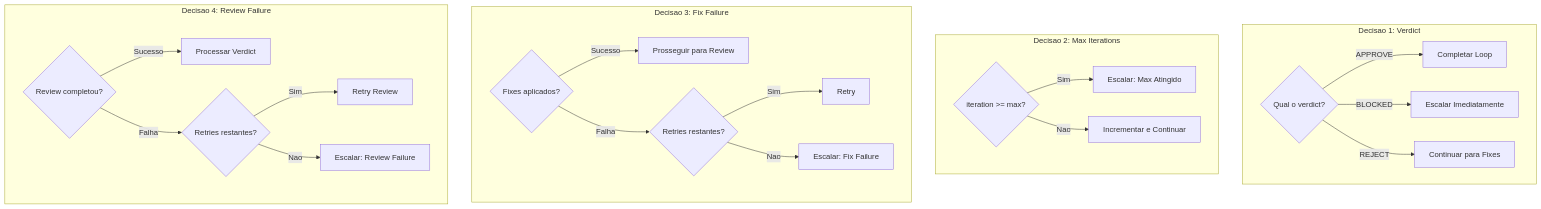
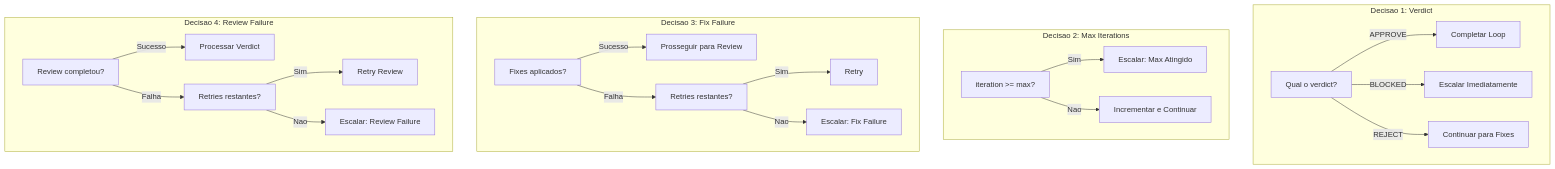
The ninth of 10 diagrams in content/en/docs/guides/workflows/QA-LOOP-WORKFLOW.mdx (bychrisr/aios-docs), drawn with Mermaid before and after one commit. The commit also changed other lines of this file and 40 other files, not shown here.

````diff
--- a/content/en/docs/guides/workflows/QA-LOOP-WORKFLOW.mdx
+++ b/content/en/docs/guides/workflows/QA-LOOP-WORKFLOW.mdx
@@ -738,31 +738,31 @@
 ```mermaid
 flowchart TD
     subgraph D1["Decisao 1: Verdict"]
-        V1{"Qual o verdict?"}
+        V1["Qual o verdict?"]
         V1 -->|"APPROVE"| V1A["Completar Loop"]
         V1 -->|"BLOCKED"| V1B["Escalar Imediatamente"]
         V1 -->|"REJECT"| V1C["Continuar para Fixes"]
     end
 
     subgraph D2["Decisao 2: Max Iterations"]
-        I1{"iteration >= max?"}
+        I1["iteration >= max?"]
         I1 -->|"Sim"| I1A["Escalar: Max Atingido"]
         I1 -->|"Nao"| I1B["Incrementar e Continuar"]
     end
 
     subgraph D3["Decisao 3: Fix Failure"]
-        F1{"Fixes aplicados?"}
+        F1["Fixes aplicados?"]
         F1 -->|"Sucesso"| F1A["Prosseguir para Review"]
-        F1 -->|"Falha"| F1B{"Retries restantes?"}
+        F1 -->|"Falha"| F1B["Retries restantes?"]
         F1B -->|"Sim"| F1C["Retry"]
         F1B -->|"Nao"| F1D["Escalar: Fix Failure"]
     end
 
     subgraph D4["Decisao 4: Review Failure"]
-        R1{"Review completou?"}
+        R1["Review completou?"]
         R1 -->|"Sucesso"| R1A["Processar Verdict"]
-        R1 -->|"Falha"| R1B{"Retries restantes?"}
+        R1 -->|"Falha"| R1B["Retries restantes?"]
         R1B -->|"Sim"| R1C["Retry Review"]
         R1B -->|"Nao"| R1D["Escalar: Review Failure"]
     end
 ```
````
